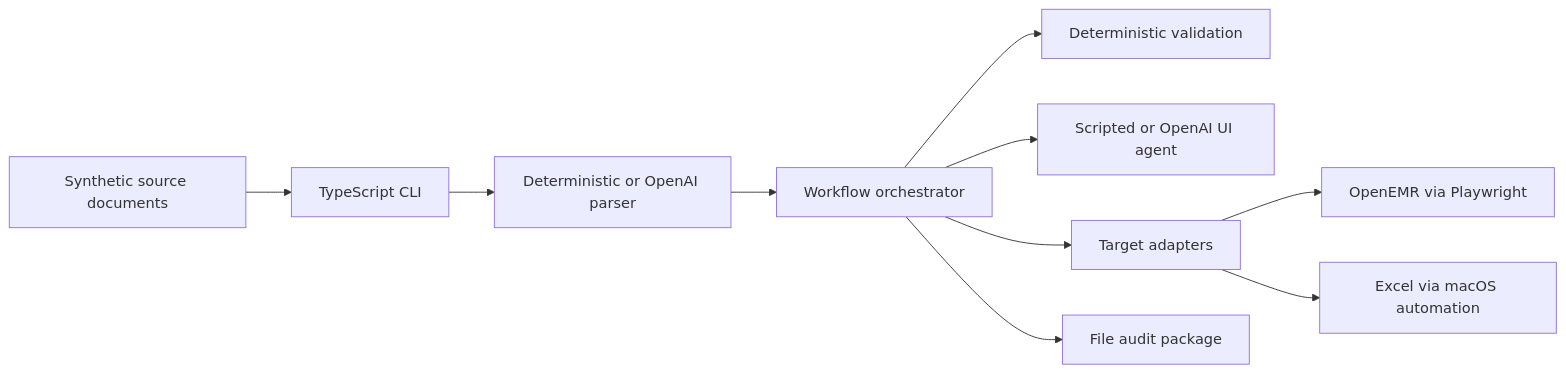
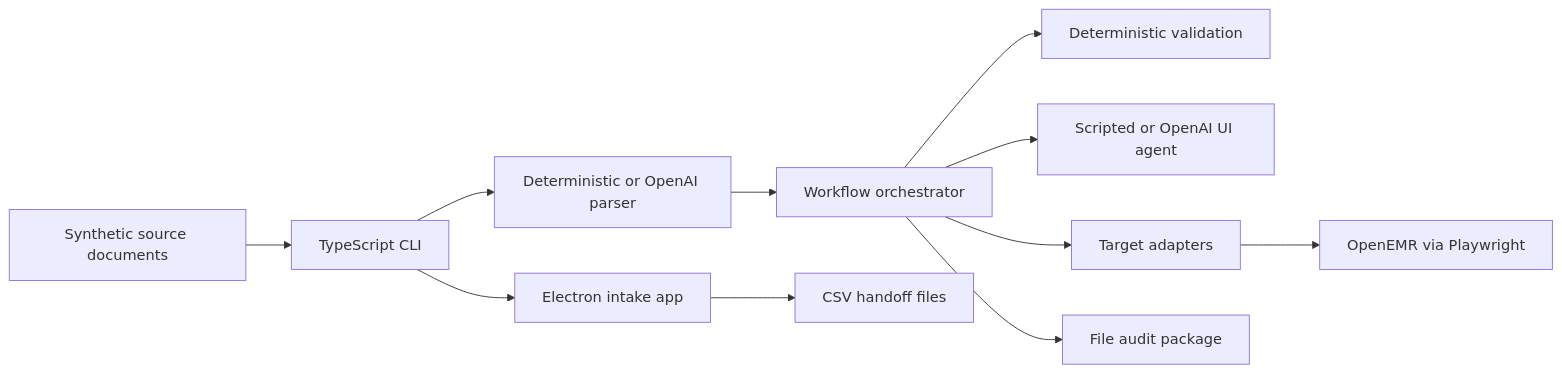
The first of 2 diagrams in README.md (wm-pxel/agentic-ui-automation), drawn with Mermaid before and after one commit. The commit also changed other lines of this file and 17 other files, not shown here.

````diff
--- a/README.md
+++ b/README.md
@@ -86,12 +80,13 @@
 ```mermaid
 flowchart LR
   Source["Synthetic source documents"] --> CLI["TypeScript CLI"]
   CLI --> Parser["Deterministic or OpenAI parser"]
   Parser --> Orchestrator["Workflow orchestrator"]
   Orchestrator --> Validation["Deterministic validation"]
   Orchestrator --> Agent["Scripted or OpenAI UI agent"]
   Orchestrator --> Targets["Target adapters"]
   Targets --> OpenEMR["OpenEMR via Playwright"]
-  Targets --> Excel["Excel via macOS automation"]
+  CLI --> DesktopApp["Electron intake app"]
+  DesktopApp --> Handoff["CSV handoff files"]
   Orchestrator --> Audit["File audit package"]
 ```
````
